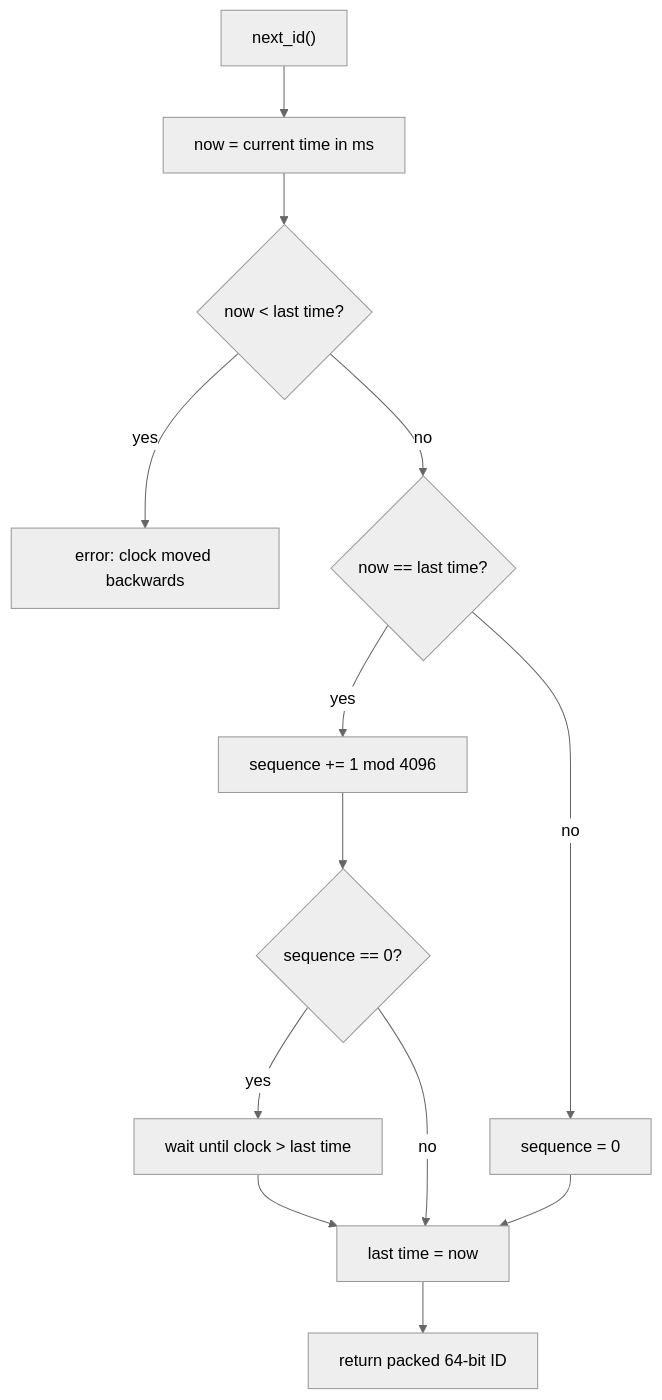
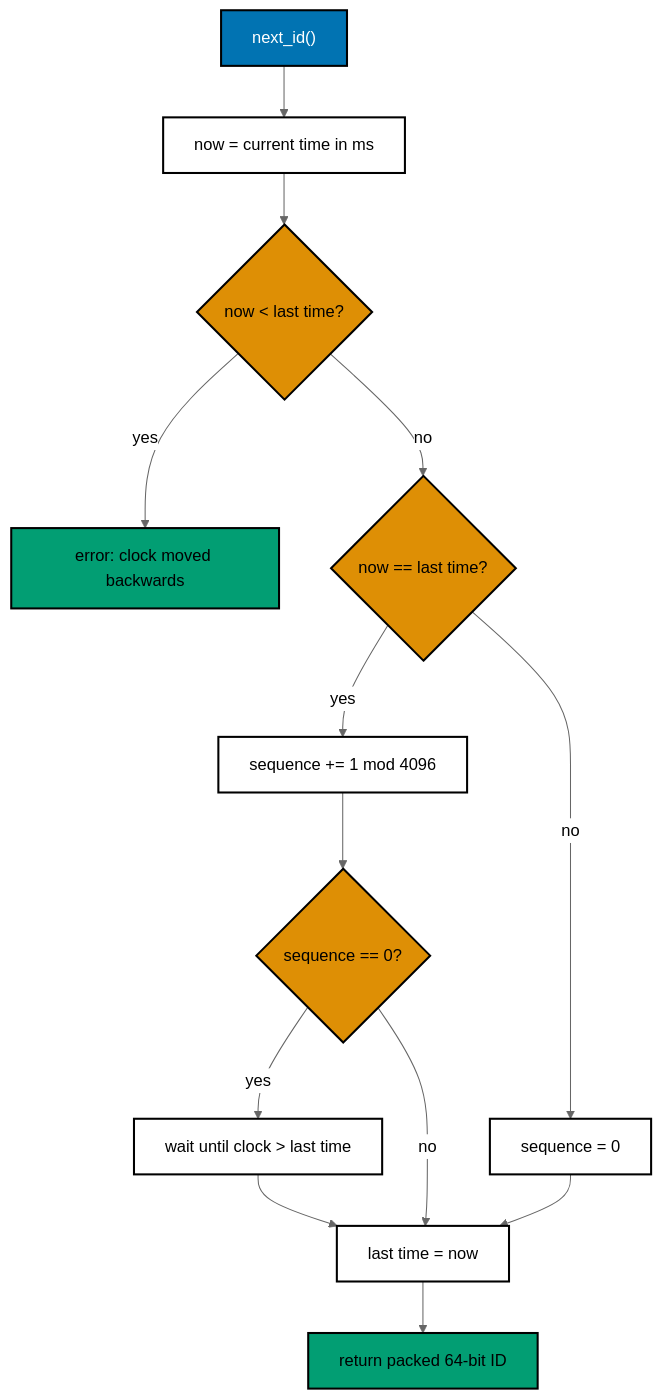
One commit to wahidyankf/grind-in-public changed the second of 2 diagrams in drill/system-design-algos/in-python/algo_16_snowflake_id.md. Above: the diagram before and after it, drawn with Mermaid (neutral theme). The commit also changed other lines of this file and 22 other files, not shown here.

First line of the commit message:
docs: use accessible palette in mermaid diagrams

````diff
--- a/drill/system-design-algos/in-python/algo_16_snowflake_id.md
+++ b/drill/system-design-algos/in-python/algo_16_snowflake_id.md
@@ -42,19 +48,26 @@
 ```mermaid
 flowchart TD
   accTitle: Snowflake next_id
   accDescr {
     Shows how next_id checks the clock, updates the sequence, and packs the ID.
   }
   A["next_id()"] --> B["now = current time in ms"]
   B --> C{"now < last time?"}
   C -->|yes| D["error: clock moved backwards"]
   C -->|no| E{"now == last time?"}
   E -->|no| F[sequence = 0]
   E -->|yes| G["sequence += 1 mod 4096"]
   G --> H{"sequence == 0?"}
   H -->|yes| I["wait until clock > last time"]
   I --> J[last time = now]
   H -->|no| J
   F --> J
   J --> K[return packed 64-bit ID]
+  classDef default fill:#FFFFFF,stroke:#000000,color:#000000,stroke-width:2px
+  classDef blue fill:#0173B2,stroke:#000000,color:#FFFFFF,stroke-width:2px
+  classDef orange fill:#DE8F05,stroke:#000000,color:#000000,stroke-width:2px
+  classDef teal fill:#029E73,stroke:#000000,color:#000000,stroke-width:2px
+  class C,E,H orange
+  class A blue
+  class D,K teal
 ```
````
